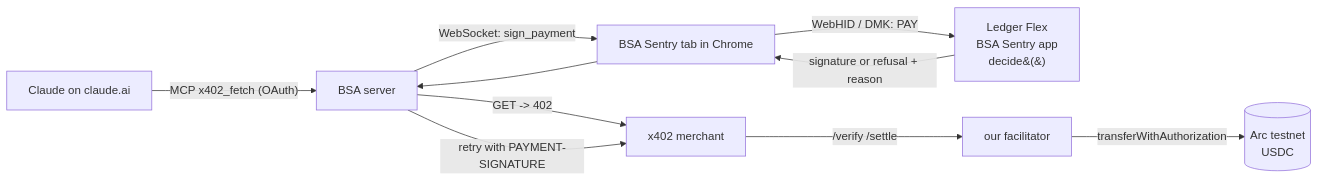
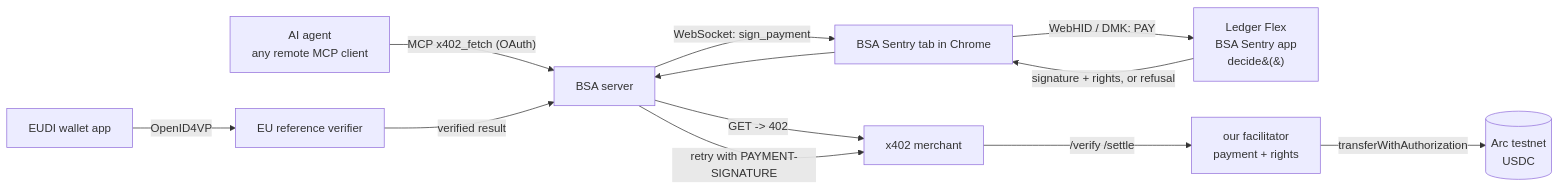
Before and after one commit to hliosone/bsa-sentry: the diagram in README.md, drawn with Mermaid. The commit also changed other lines of this file and 7 other files, not shown here.

Commit message:
Docs and site: lead with the custom Flex app, Know Your Agent and the commerce rails; merchant guide; submission kit

````diff
--- a/README.md
+++ b/README.md
@@ -39,11 +107,13 @@
 ```mermaid
 flowchart LR
-  C[Claude on claude.ai] -- "MCP x402_fetch (OAuth)" --> S[BSA server]
+  C[AI agent<br/>any remote MCP client] -- "MCP x402_fetch (OAuth)" --> S[BSA server]
   S -- "GET -> 402" --> M[x402 merchant]
   S -- "WebSocket: sign_payment" --> T[BSA Sentry tab in Chrome]
   T -- "WebHID / DMK: PAY" --> F[Ledger Flex<br/>BSA Sentry app<br/>decide&#40;&#41;]
-  F -- "signature or refusal + reason" --> T --> S
+  F -- "signature + rights, or refusal" --> T --> S
   S -- "retry with PAYMENT-SIGNATURE" --> M
-  M -- "/verify /settle" --> FA[our facilitator]
+  M -- "/verify /settle" --> FA[our facilitator<br/>payment + rights]
   FA -- "transferWithAuthorization" --> A[(Arc testnet<br/>USDC)]
+  W[EUDI wallet app] -- "OpenID4VP" --> V[EU reference verifier]
+  V -- "verified result" --> S
 ```
````
